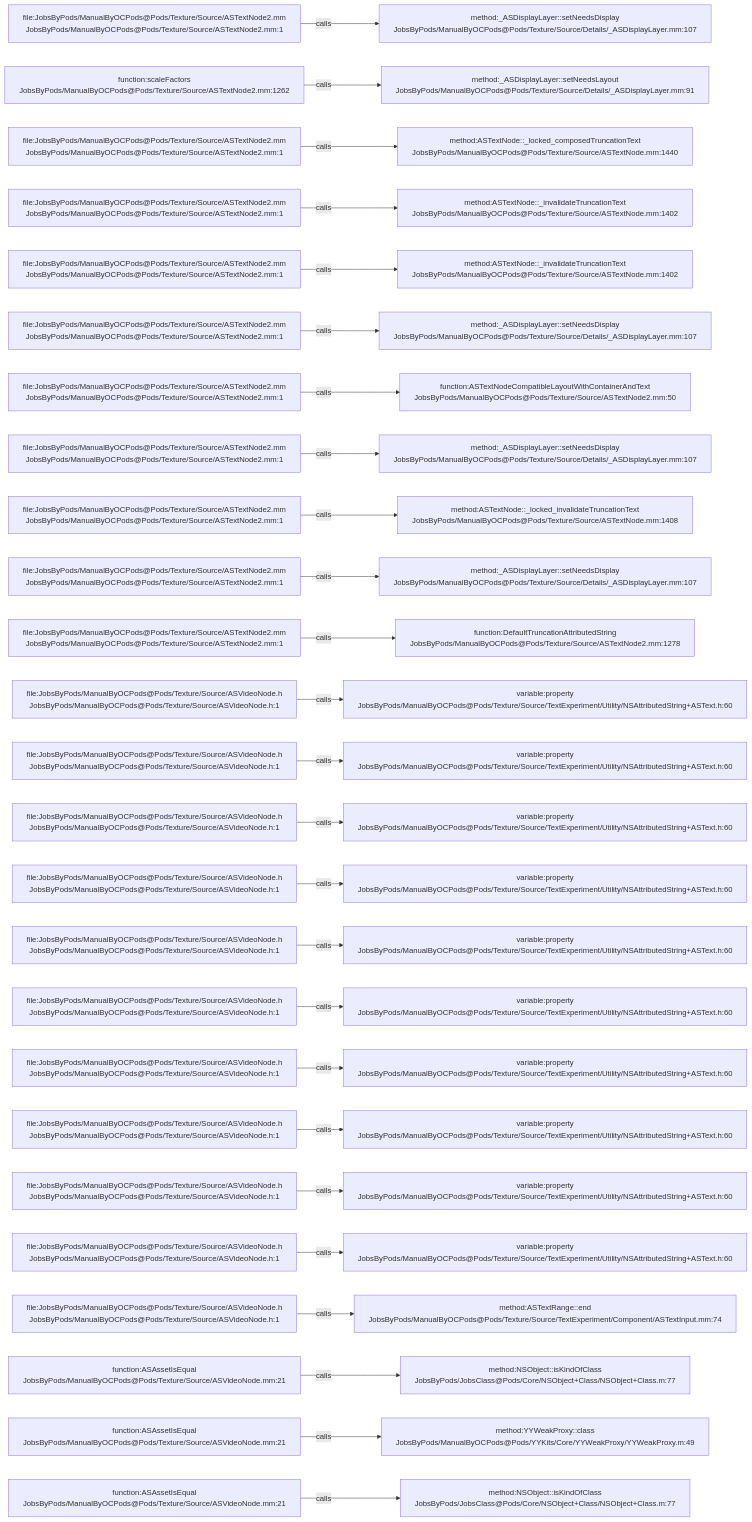
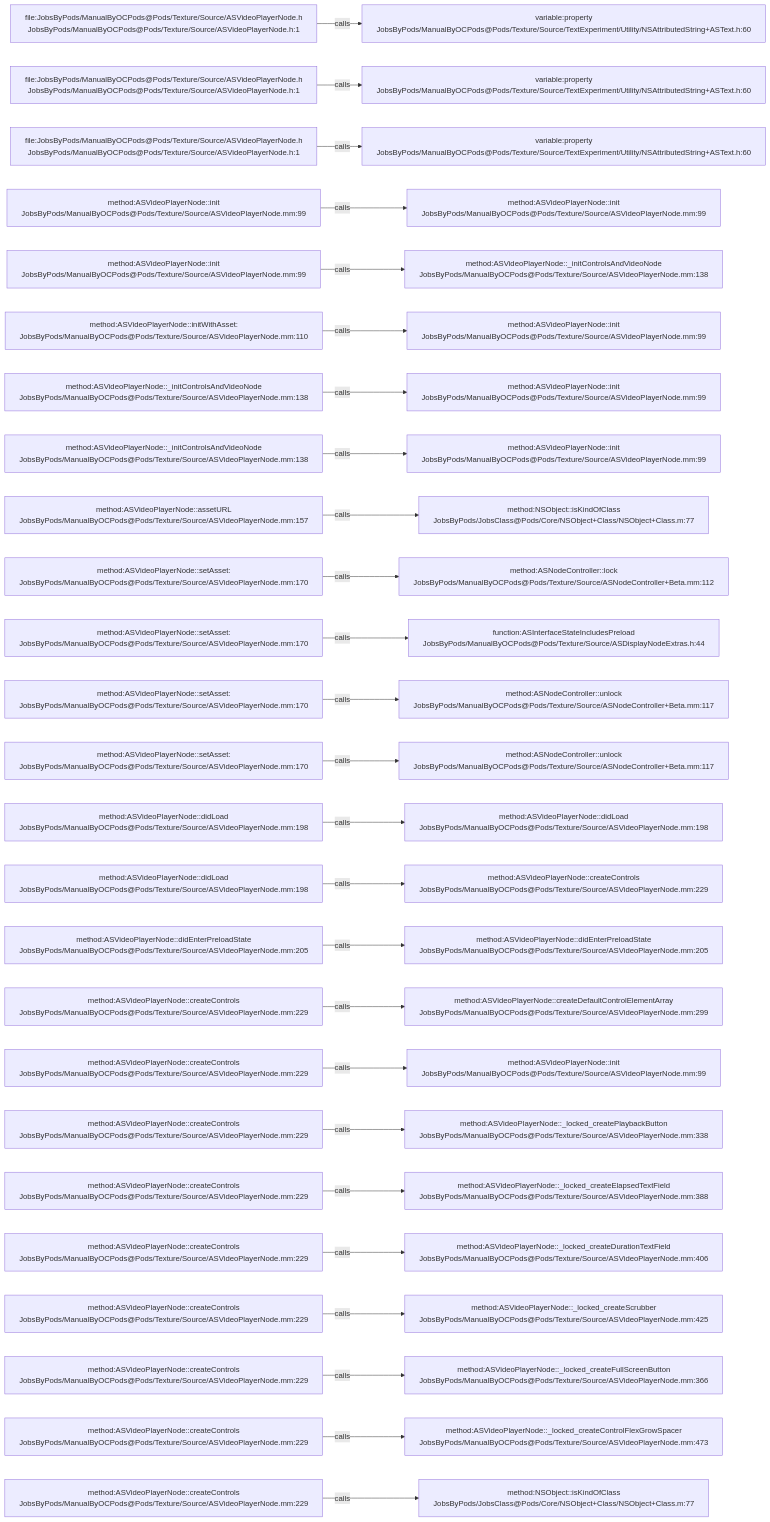
Before and after one commit to JobsKits/JobsOCBaseConfigDemo: the diagram in .codegraph/codegraph.md/graphs/calls-143.md, drawn with Mermaid. The commit also changed 1353 other files, not shown here.

````diff
--- a/.codegraph/codegraph.md/graphs/calls-143.md
+++ b/.codegraph/codegraph.md/graphs/calls-143.md
@@ -13,78 +13,78 @@
 ```mermaid
 flowchart LR
-  S1["file:JobsByPods/ManualByOCPods@Pods/Texture/Source/ASTextNode2.mm<br/>JobsByPods/ManualByOCPods@Pods/Texture/Source/ASTextNode2.mm:1"]
-  T1["method:_ASDisplayLayer::setNeedsDisplay<br/>JobsByPods/ManualByOCPods@Pods/Texture/Source/Details/_ASDisplayLayer.mm:107"]
+  S1["file:JobsByPods/ManualByOCPods@Pods/Texture/Source/ASVideoPlayerNode.h<br/>JobsByPods/ManualByOCPods@Pods/Texture/Source/ASVideoPlayerNode.h:1"]
+  T1["variable:property<br/>JobsByPods/ManualByOCPods@Pods/Texture/Source/TextExperiment/Utility/NSAttributedString+ASText.h:60"]
   S1 -->|calls| T1
-  S2["function:scaleFactors<br/>JobsByPods/ManualByOCPods@Pods/Texture/Source/ASTextNode2.mm:1262"]
-  T2["method:_ASDisplayLayer::setNeedsLayout<br/>JobsByPods/ManualByOCPods@Pods/Texture/Source/Details/_ASDisplayLayer.mm:91"]
+  S2["file:JobsByPods/ManualByOCPods@Pods/Texture/Source/ASVideoPlayerNode.h<br/>JobsByPods/ManualByOCPods@Pods/Texture/Source/ASVideoPlayerNode.h:1"]
+  T2["variable:property<br/>JobsByPods/ManualByOCPods@Pods/Texture/Source/TextExperiment/Utility/NSAttributedString+ASText.h:60"]
   S2 -->|calls| T2
-  S3["file:JobsByPods/ManualByOCPods@Pods/Texture/Source/ASTextNode2.mm<br/>JobsByPods/ManualByOCPods@Pods/Texture/Source/ASTextNode2.mm:1"]
-  T3["method:ASTextNode::_locked_composedTruncationText<br/>JobsByPods/ManualByOCPods@Pods/Texture/Source/ASTextNode.mm:1440"]
+  S3["file:JobsByPods/ManualByOCPods@Pods/Texture/Source/ASVideoPlayerNode.h<br/>JobsByPods/ManualByOCPods@Pods/Texture/Source/ASVideoPlayerNode.h:1"]
+  T3["variable:property<br/>JobsByPods/ManualByOCPods@Pods/Texture/Source/TextExperiment/Utility/NSAttributedString+ASText.h:60"]
   S3 -->|calls| T3
-  S4["file:JobsByPods/ManualByOCPods@Pods/Texture/Source/ASTextNode2.mm<br/>JobsByPods/ManualByOCPods@Pods/Texture/Source/ASTextNode2.mm:1"]
-  T4["method:ASTextNode::_invalidateTruncationText<br/>JobsByPods/ManualByOCPods@Pods/Texture/Source/ASTextNode.mm:1402"]
+  S4["method:ASVideoPlayerNode::init<br/>JobsByPods/ManualByOCPods@Pods/Texture/Source/ASVideoPlayerNode.mm:99"]
+  T4["method:ASVideoPlayerNode::init<br/>JobsByPods/ManualByOCPods@Pods/Texture/Source/ASVideoPlayerNode.mm:99"]
   S4 -->|calls| T4
-  S5["file:JobsByPods/ManualByOCPods@Pods/Texture/Source/ASTextNode2.mm<br/>JobsByPods/ManualByOCPods@Pods/Texture/Source/ASTextNode2.mm:1"]
-  T5["method:ASTextNode::_invalidateTruncationText<br/>JobsByPods/ManualByOCPods@Pods/Texture/Source/ASTextNode.mm:1402"]
+  S5["method:ASVideoPlayerNode::init<br/>JobsByPods/ManualByOCPods@Pods/Texture/Source/ASVideoPlayerNode.mm:99"]
+  T5["method:ASVideoPlayerNode::_initControlsAndVideoNode<br/>JobsByPods/ManualByOCPods@Pods/Texture/Source/ASVideoPlayerNode.mm:138"]
   S5 -->|calls| T5
-  S6["file:JobsByPods/ManualByOCPods@Pods/Texture/Source/ASTextNode2.mm<br/>JobsByPods/ManualByOCPods@Pods/Texture/Source/ASTextNode2.mm:1"]
-  T6["method:_ASDisplayLayer::setNeedsDisplay<br/>JobsByPods/ManualByOCPods@Pods/Texture/Source/Details/_ASDisplayLayer.mm:107"]
+  S6["method:ASVideoPlayerNode::initWithAsset:<br/>JobsByPods/ManualByOCPods@Pods/Texture/Source/ASVideoPlayerNode.mm:110"]
+  T6["method:ASVideoPlayerNode::init<br/>JobsByPods/ManualByOCPods@Pods/Texture/Source/ASVideoPlayerNode.mm:99"]
   S6 -->|calls| T6
-  S7["file:JobsByPods/ManualByOCPods@Pods/Texture/Source/ASTextNode2.mm<br/>JobsByPods/ManualByOCPods@Pods/Texture/Source/ASTextNode2.mm:1"]
-  T7["function:ASTextNodeCompatibleLayoutWithContainerAndText<br/>JobsByPods/ManualByOCPods@Pods/Texture/Source/ASTextNode2.mm:50"]
+  S7["method:ASVideoPlayerNode::_initControlsAndVideoNode<br/>JobsByPods/ManualByOCPods@Pods/Texture/Source/ASVideoPlayerNode.mm:138"]
+  T7["method:ASVideoPlayerNode::init<br/>JobsByPods/ManualByOCPods@Pods/Texture/Source/ASVideoPlayerNode.mm:99"]
   S7 -->|calls| T7
-  S8["file:JobsByPods/ManualByOCPods@Pods/Texture/Source/ASTextNode2.mm<br/>JobsByPods/ManualByOCPods@Pods/Texture/Source/ASTextNode2.mm:1"]
-  T8["method:_ASDisplayLayer::setNeedsDisplay<br/>JobsByPods/ManualByOCPods@Pods/Texture/Source/Details/_ASDisplayLayer.mm:107"]
+  S8["method:ASVideoPlayerNode::_initControlsAndVideoNode<br/>JobsByPods/ManualByOCPods@Pods/Texture/Source/ASVideoPlayerNode.mm:138"]
+  T8["method:ASVideoPlayerNode::init<br/>JobsByPods/ManualByOCPods@Pods/Texture/Source/ASVideoPlayerNode.mm:99"]
   S8 -->|calls| T8
-  S9["file:JobsByPods/ManualByOCPods@Pods/Texture/Source/ASTextNode2.mm<br/>JobsByPods/ManualByOCPods@Pods/Texture/Source/ASTextNode2.mm:1"]
-  T9["method:ASTextNode::_locked_invalidateTruncationText<br/>JobsByPods/ManualByOCPods@Pods/Texture/Source/ASTextNode.mm:1408"]
+  S9["method:ASVideoPlayerNode::assetURL<br/>JobsByPods/ManualByOCPods@Pods/Texture/Source/ASVideoPlayerNode.mm:157"]
+  T9["method:NSObject::isKindOfClass<br/>JobsByPods/JobsClass@Pods/Core/NSObject+Class/NSObject+Class.m:77"]
   S9 -->|calls| T9
-  S10["file:JobsByPods/ManualByOCPods@Pods/Texture/Source/ASTextNode2.mm<br/>JobsByPods/ManualByOCPods@Pods/Texture/Source/ASTextNode2.mm:1"]
-  T10["method:_ASDisplayLayer::setNeedsDisplay<br/>JobsByPods/ManualByOCPods@Pods/Texture/Source/Details/_ASDisplayLayer.mm:107"]
+  S10["method:ASVideoPlayerNode::setAsset:<br/>JobsByPods/ManualByOCPods@Pods/Texture/Source/ASVideoPlayerNode.mm:170"]
+  T10["method:ASNodeController::lock<br/>JobsByPods/ManualByOCPods@Pods/Texture/Source/ASNodeController+Beta.mm:112"]
   S10 -->|calls| T10
-  S11["file:JobsByPods/ManualByOCPods@Pods/Texture/Source/ASTextNode2.mm<br/>JobsByPods/ManualByOCPods@Pods/Texture/Source/ASTextNode2.mm:1"]
-  T11["function:DefaultTruncationAttributedString<br/>JobsByPods/ManualByOCPods@Pods/Texture/Source/ASTextNode2.mm:1278"]
+  S11["method:ASVideoPlayerNode::setAsset:<br/>JobsByPods/ManualByOCPods@Pods/Texture/Source/ASVideoPlayerNode.mm:170"]
+  T11["function:ASInterfaceStateIncludesPreload<br/>JobsByPods/ManualByOCPods@Pods/Texture/Source/ASDisplayNodeExtras.h:44"]
   S11 -->|calls| T11
-  S12["file:JobsByPods/ManualByOCPods@Pods/Texture/Source/ASVideoNode.h<br/>JobsByPods/ManualByOCPods@Pods/Texture/Source/ASVideoNode.h:1"]
-  T12["variable:property<br/>JobsByPods/ManualByOCPods@Pods/Texture/Source/TextExperiment/Utility/NSAttributedString+ASText.h:60"]
+  S12["method:ASVideoPlayerNode::setAsset:<br/>JobsByPods/ManualByOCPods@Pods/Texture/Source/ASVideoPlayerNode.mm:170"]
+  T12["method:ASNodeController::unlock<br/>JobsByPods/ManualByOCPods@Pods/Texture/Source/ASNodeController+Beta.mm:117"]
   S12 -->|calls| T12
-  S13["file:JobsByPods/ManualByOCPods@Pods/Texture/Source/ASVideoNode.h<br/>JobsByPods/ManualByOCPods@Pods/Texture/Source/ASVideoNode.h:1"]
-  T13["variable:property<br/>JobsByPods/ManualByOCPods@Pods/Texture/Source/TextExperiment/Utility/NSAttributedString+ASText.h:60"]
+  S13["method:ASVideoPlayerNode::setAsset:<br/>JobsByPods/ManualByOCPods@Pods/Texture/Source/ASVideoPlayerNode.mm:170"]
+  T13["method:ASNodeController::unlock<br/>JobsByPods/ManualByOCPods@Pods/Texture/Source/ASNodeController+Beta.mm:117"]
   S13 -->|calls| T13
-  S14["file:JobsByPods/ManualByOCPods@Pods/Texture/Source/ASVideoNode.h<br/>JobsByPods/ManualByOCPods@Pods/Texture/Source/ASVideoNode.h:1"]
-  T14["variable:property<br/>JobsByPods/ManualByOCPods@Pods/Texture/Source/TextExperiment/Utility/NSAttributedString+ASText.h:60"]
+  S14["method:ASVideoPlayerNode::didLoad<br/>JobsByPods/ManualByOCPods@Pods/Texture/Source/ASVideoPlayerNode.mm:198"]
+  T14["method:ASVideoPlayerNode::didLoad<br/>JobsByPods/ManualByOCPods@Pods/Texture/Source/ASVideoPlayerNode.mm:198"]
   S14 -->|calls| T14
-  S15["file:JobsByPods/ManualByOCPods@Pods/Texture/Source/ASVideoNode.h<br/>JobsByPods/ManualByOCPods@Pods/Texture/Source/ASVideoNode.h:1"]
-  T15["variable:property<br/>JobsByPods/ManualByOCPods@Pods/Texture/Source/TextExperiment/Utility/NSAttributedString+ASText.h:60"]
+  S15["method:ASVideoPlayerNode::didLoad<br/>JobsByPods/ManualByOCPods@Pods/Texture/Source/ASVideoPlayerNode.mm:198"]
+  T15["method:ASVideoPlayerNode::createControls<br/>JobsByPods/ManualByOCPods@Pods/Texture/Source/ASVideoPlayerNode.mm:229"]
   S15 -->|calls| T15
-  S16["file:JobsByPods/ManualByOCPods@Pods/Texture/Source/ASVideoNode.h<br/>JobsByPods/ManualByOCPods@Pods/Texture/Source/ASVideoNode.h:1"]
-  T16["variable:property<br/>JobsByPods/ManualByOCPods@Pods/Texture/Source/TextExperiment/Utility/NSAttributedString+ASText.h:60"]
+  S16["method:ASVideoPlayerNode::didEnterPreloadState<br/>JobsByPods/ManualByOCPods@Pods/Texture/Source/ASVideoPlayerNode.mm:205"]
+  T16["method:ASVideoPlayerNode::didEnterPreloadState<br/>JobsByPods/ManualByOCPods@Pods/Texture/Source/ASVideoPlayerNode.mm:205"]
   S16 -->|calls| T16
-  S17["file:JobsByPods/ManualByOCPods@Pods/Texture/Source/ASVideoNode.h<br/>JobsByPods/ManualByOCPods@Pods/Texture/Source/ASVideoNode.h:1"]
-  T17["variable:property<br/>JobsByPods/ManualByOCPods@Pods/Texture/Source/TextExperiment/Utility/NSAttributedString+ASText.h:60"]
+  S17["method:ASVideoPlayerNode::createControls<br/>JobsByPods/ManualByOCPods@Pods/Texture/Source/ASVideoPlayerNode.mm:229"]
+  T17["method:ASVideoPlayerNode::createDefaultControlElementArray<br/>JobsByPods/ManualByOCPods@Pods/Texture/Source/ASVideoPlayerNode.mm:299"]
   S17 -->|calls| T17
-  S18["file:JobsByPods/ManualByOCPods@Pods/Texture/Source/ASVideoNode.h<br/>JobsByPods/ManualByOCPods@Pods/Texture/Source/ASVideoNode.h:1"]
-  T18["variable:property<br/>JobsByPods/ManualByOCPods@Pods/Texture/Source/TextExperiment/Utility/NSAttributedString+ASText.h:60"]
+  S18["method:ASVideoPlayerNode::createControls<br/>JobsByPods/ManualByOCPods@Pods/Texture/Source/ASVideoPlayerNode.mm:229"]
+  T18["method:ASVideoPlayerNode::init<br/>JobsByPods/ManualByOCPods@Pods/Texture/Source/ASVideoPlayerNode.mm:99"]
   S18 -->|calls| T18
-  S19["file:JobsByPods/ManualByOCPods@Pods/Texture/Source/ASVideoNode.h<br/>JobsByPods/ManualByOCPods@Pods/Texture/Source/ASVideoNode.h:1"]
-  T19["variable:property<br/>JobsByPods/ManualByOCPods@Pods/Texture/Source/TextExperiment/Utility/NSAttributedString+ASText.h:60"]
+  S19["method:ASVideoPlayerNode::createControls<br/>JobsByPods/ManualByOCPods@Pods/Texture/Source/ASVideoPlayerNode.mm:229"]
+  T19["method:ASVideoPlayerNode::_locked_createPlaybackButton<br/>JobsByPods/ManualByOCPods@Pods/Texture/Source/ASVideoPlayerNode.mm:338"]
   S19 -->|calls| T19
-  S20["file:JobsByPods/ManualByOCPods@Pods/Texture/Source/ASVideoNode.h<br/>JobsByPods/ManualByOCPods@Pods/Texture/Source/ASVideoNode.h:1"]
-  T20["variable:property<br/>JobsByPods/ManualByOCPods@Pods/Texture/Source/TextExperiment/Utility/NSAttributedString+ASText.h:60"]
+  S20["method:ASVideoPlayerNode::createControls<br/>JobsByPods/ManualByOCPods@Pods/Texture/Source/ASVideoPlayerNode.mm:229"]
+  T20["method:ASVideoPlayerNode::_locked_createElapsedTextField<br/>JobsByPods/ManualByOCPods@Pods/Texture/Source/ASVideoPlayerNode.mm:388"]
   S20 -->|calls| T20
-  S21["file:JobsByPods/ManualByOCPods@Pods/Texture/Source/ASVideoNode.h<br/>JobsByPods/ManualByOCPods@Pods/Texture/Source/ASVideoNode.h:1"]
-  T21["variable:property<br/>JobsByPods/ManualByOCPods@Pods/Texture/Source/TextExperiment/Utility/NSAttributedString+ASText.h:60"]
+  S21["method:ASVideoPlayerNode::createControls<br/>JobsByPods/ManualByOCPods@Pods/Texture/Source/ASVideoPlayerNode.mm:229"]
+  T21["method:ASVideoPlayerNode::_locked_createDurationTextField<br/>JobsByPods/ManualByOCPods@Pods/Texture/Source/ASVideoPlayerNode.mm:406"]
   S21 -->|calls| T21
-  S22["file:JobsByPods/ManualByOCPods@Pods/Texture/Source/ASVideoNode.h<br/>JobsByPods/ManualByOCPods@Pods/Texture/Source/ASVideoNode.h:1"]
-  T22["method:ASTextRange::end<br/>JobsByPods/ManualByOCPods@Pods/Texture/Source/TextExperiment/Component/ASTextInput.mm:74"]
+  S22["method:ASVideoPlayerNode::createControls<br/>JobsByPods/ManualByOCPods@Pods/Texture/Source/ASVideoPlayerNode.mm:229"]
+  T22["method:ASVideoPlayerNode::_locked_createScrubber<br/>JobsByPods/ManualByOCPods@Pods/Texture/Source/ASVideoPlayerNode.mm:425"]
   S22 -->|calls| T22
-  S23["function:ASAssetIsEqual<br/>JobsByPods/ManualByOCPods@Pods/Texture/Source/ASVideoNode.mm:21"]
-  T23["method:NSObject::isKindOfClass<br/>JobsByPods/JobsClass@Pods/Core/NSObject+Class/NSObject+Class.m:77"]
+  S23["method:ASVideoPlayerNode::createControls<br/>JobsByPods/ManualByOCPods@Pods/Texture/Source/ASVideoPlayerNode.mm:229"]
+  T23["method:ASVideoPlayerNode::_locked_createFullScreenButton<br/>JobsByPods/ManualByOCPods@Pods/Texture/Source/ASVideoPlayerNode.mm:366"]
   S23 -->|calls| T23
-  S24["function:ASAssetIsEqual<br/>JobsByPods/ManualByOCPods@Pods/Texture/Source/ASVideoNode.mm:21"]
-  T24["method:YYWeakProxy::class<br/>JobsByPods/ManualByOCPods@Pods/YYKits/Core/YYWeakProxy/YYWeakProxy.m:49"]
+  S24["method:ASVideoPlayerNode::createControls<br/>JobsByPods/ManualByOCPods@Pods/Texture/Source/ASVideoPlayerNode.mm:229"]
+  T24["method:ASVideoPlayerNode::_locked_createControlFlexGrowSpacer<br/>JobsByPods/ManualByOCPods@Pods/Texture/Source/ASVideoPlayerNode.mm:473"]
   S24 -->|calls| T24
-  S25["function:ASAssetIsEqual<br/>JobsByPods/ManualByOCPods@Pods/Texture/Source/ASVideoNode.mm:21"]
+  S25["method:ASVideoPlayerNode::createControls<br/>JobsByPods/ManualByOCPods@Pods/Texture/Source/ASVideoPlayerNode.mm:229"]
   T25["method:NSObject::isKindOfClass<br/>JobsByPods/JobsClass@Pods/Core/NSObject+Class/NSObject+Class.m:77"]
   S25 -->|calls| T25
 ```
````
